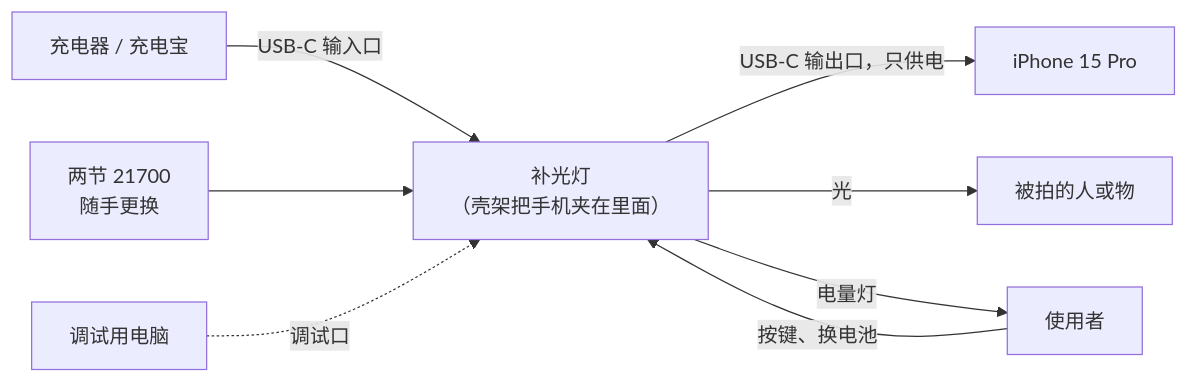
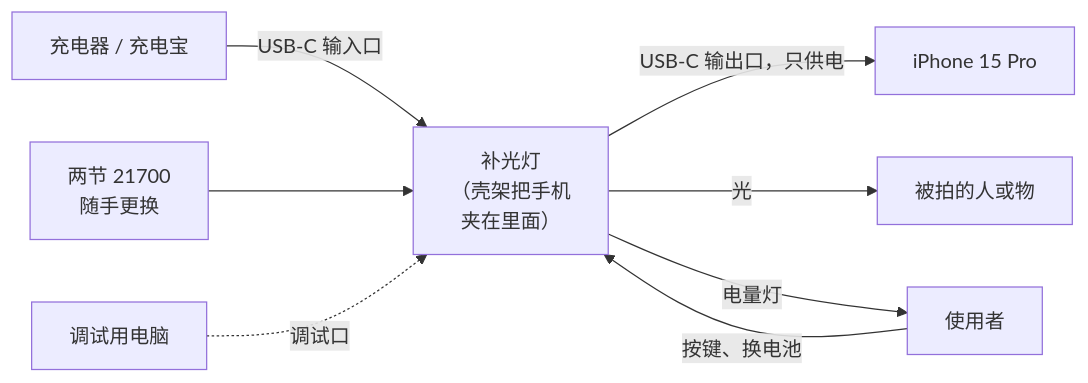
Before and after one commit to jodancain/fill-light-15pro: the first of 2 diagrams in docs/系统架构说明书.md, drawn with Mermaid. The commit also changed other lines of this file and 2 other files, not shown here.

First line of the commit message:
框图标签手动换行，避免 GitHub 上把词断开

````diff
--- a/docs/系统架构说明书.md
+++ b/docs/系统架构说明书.md
@@ -15,10 +15,10 @@
 ```mermaid
 flowchart LR
-  SRC["充电器 / 充电宝"] -->|"USB-C 输入口"| LAMP["补光灯<br/>（壳架把手机夹在里面）"]
+  SRC["充电器 / 充电宝"] -->|"USB-C 输入口"| LAMP["补光灯<br/>（壳架把手机<br/>夹在里面）"]
   LAMP -->|"USB-C 输出口，只供电"| PHONE["iPhone 15 Pro"]
   LAMP -->|"光"| SUBJ["被拍的人或物"]
   USER["使用者"] -->|"按键、换电池"| LAMP
   LAMP -->|"电量灯"| USER
   CELLS["两节 21700<br/>随手更换"] --> LAMP
   PC["调试用电脑"] -.->|"调试口"| LAMP
 ```
````
